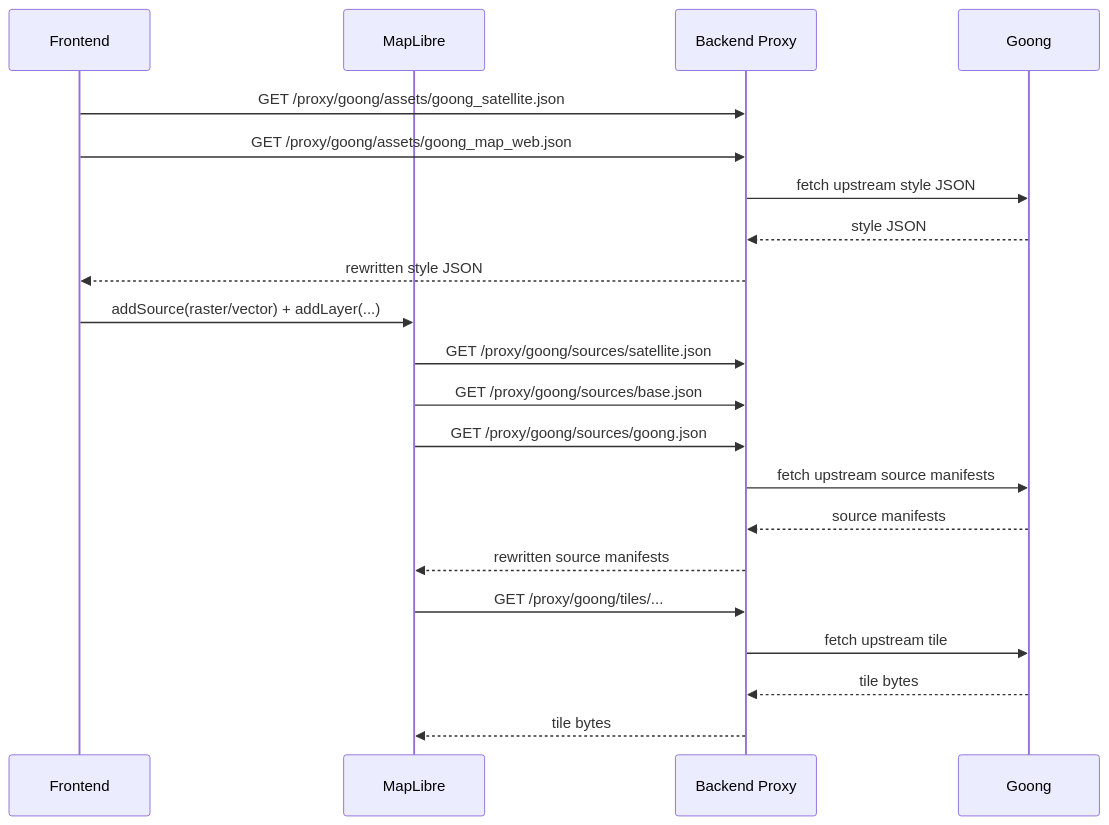
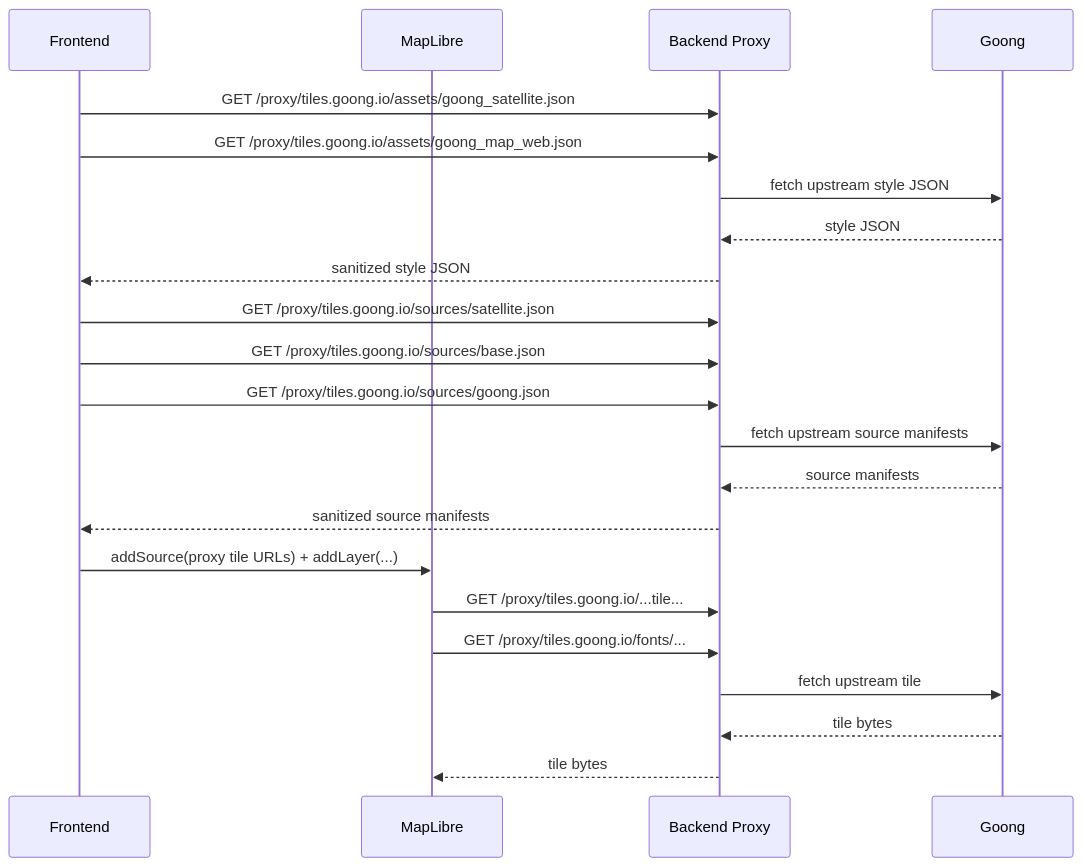
The second of 2 diagrams in src/uhm/doc/goong_proxy_backend_guide.md (Pregnant-Guild/FE_User_history_web), drawn with Mermaid before and after one commit. The commit also changed other lines of this file and 46 other files, not shown here.

````diff
--- a/src/uhm/doc/goong_proxy_backend_guide.md
+++ b/src/uhm/doc/goong_proxy_backend_guide.md
@@ -176,29 +195,30 @@
 ```mermaid
 sequenceDiagram
   participant FE as Frontend
   participant GL as MapLibre
   participant BE as Backend Proxy
   participant GO as Goong
 
-  FE->>BE: GET /proxy/goong/assets/goong_satellite.json
-  FE->>BE: GET /proxy/goong/assets/goong_map_web.json
+  FE->>BE: GET /proxy/tiles.goong.io/assets/goong_satellite.json
+  FE->>BE: GET /proxy/tiles.goong.io/assets/goong_map_web.json
 
   BE->>GO: fetch upstream style JSON
   GO-->>BE: style JSON
-  BE-->>FE: rewritten style JSON
+  BE-->>FE: sanitized style JSON
 
-  FE->>GL: addSource(raster/vector) + addLayer(...)
-
-  GL->>BE: GET /proxy/goong/sources/satellite.json
-  GL->>BE: GET /proxy/goong/sources/base.json
-  GL->>BE: GET /proxy/goong/sources/goong.json
+  FE->>BE: GET /proxy/tiles.goong.io/sources/satellite.json
+  FE->>BE: GET /proxy/tiles.goong.io/sources/base.json
+  FE->>BE: GET /proxy/tiles.goong.io/sources/goong.json
 
   BE->>GO: fetch upstream source manifests
   GO-->>BE: source manifests
-  BE-->>GL: rewritten source manifests
+  BE-->>FE: sanitized source manifests
 
-  GL->>BE: GET /proxy/goong/tiles/...
+  FE->>GL: addSource(proxy tile URLs) + addLayer(...)
+
+  GL->>BE: GET /proxy/tiles.goong.io/...tile...
+  GL->>BE: GET /proxy/tiles.goong.io/fonts/...
   BE->>GO: fetch upstream tile
   GO-->>BE: tile bytes
   BE-->>GL: tile bytes
 ```
````
